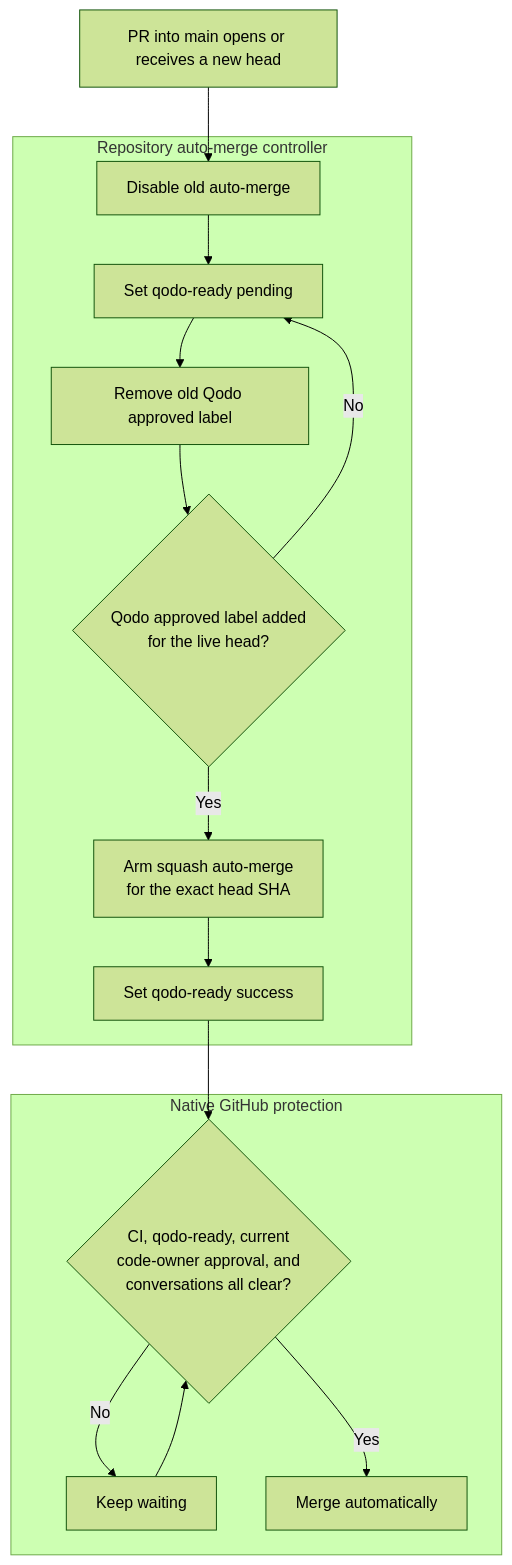
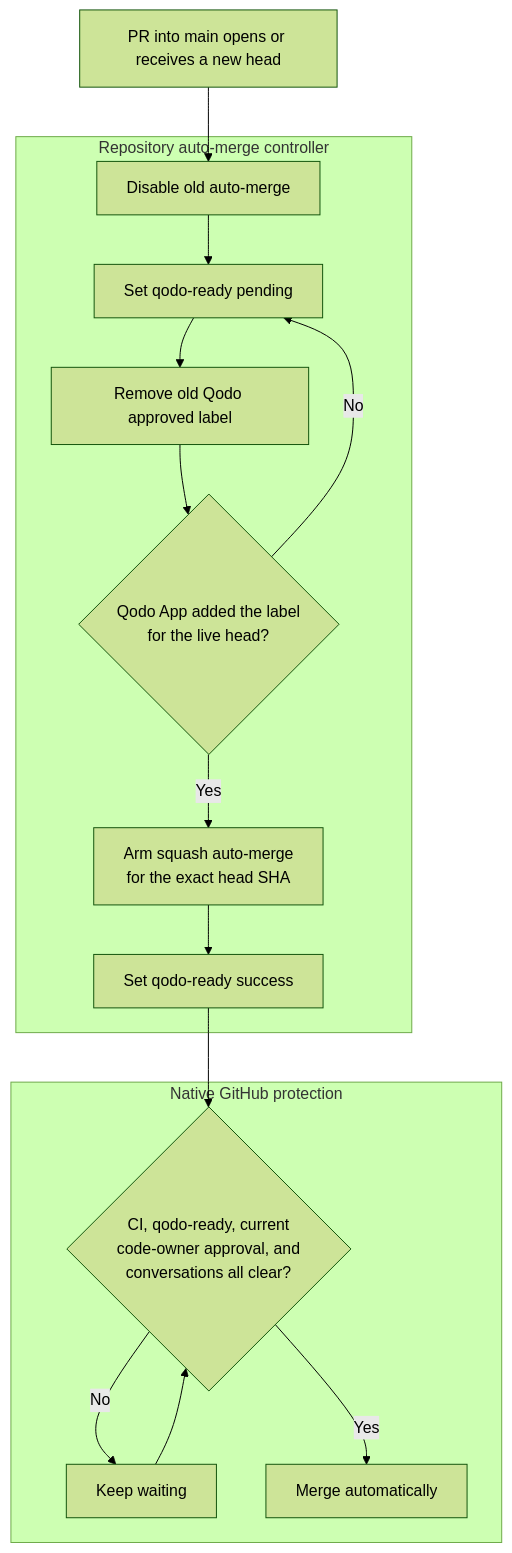
Before and after one commit to Nimbleway/webrouter: the diagram in .github/auto-merge.md, drawn with Mermaid (forest theme). The commit also changed other lines of this file and 5 other files, not shown here.

````diff
--- a/.github/auto-merge.md
+++ b/.github/auto-merge.md
@@ -7,19 +7,19 @@
 ```mermaid
 flowchart TD
     A[PR into main opens or receives a new head] --> B
     subgraph Controller[Repository auto-merge controller]
         B[Disable old auto-merge] --> C[Set qodo-ready pending]
         C --> D[Remove old Qodo approved label]
-        D --> E{Qodo approved label added\nfor the live head?}
+        D --> E{Qodo App added the label\nfor the live head?}
         E -- No --> C
         E -- Yes --> F[Arm squash auto-merge\nfor the exact head SHA]
         F --> G[Set qodo-ready success]
     end
     G --> H
     subgraph GitHub[Native GitHub protection]
         H{CI, qodo-ready, current\ncode-owner approval, and\nconversations all clear?}
         H -- No --> I[Keep waiting]
         I --> H
         H -- Yes --> J[Merge automatically]
     end
 ```
````
